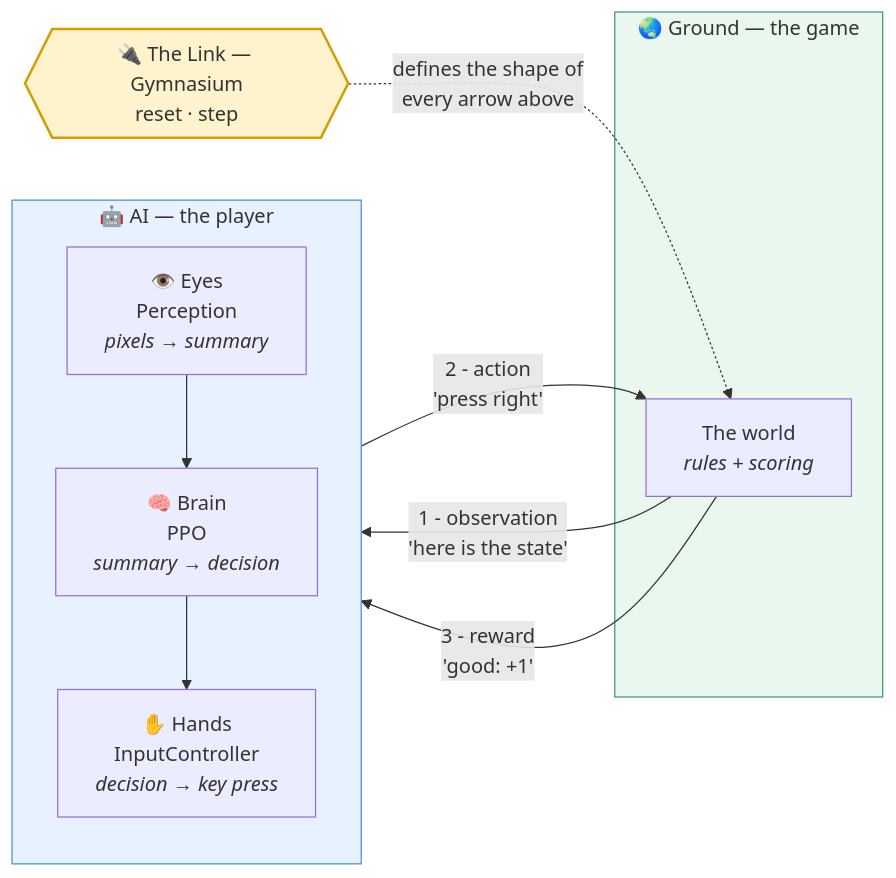
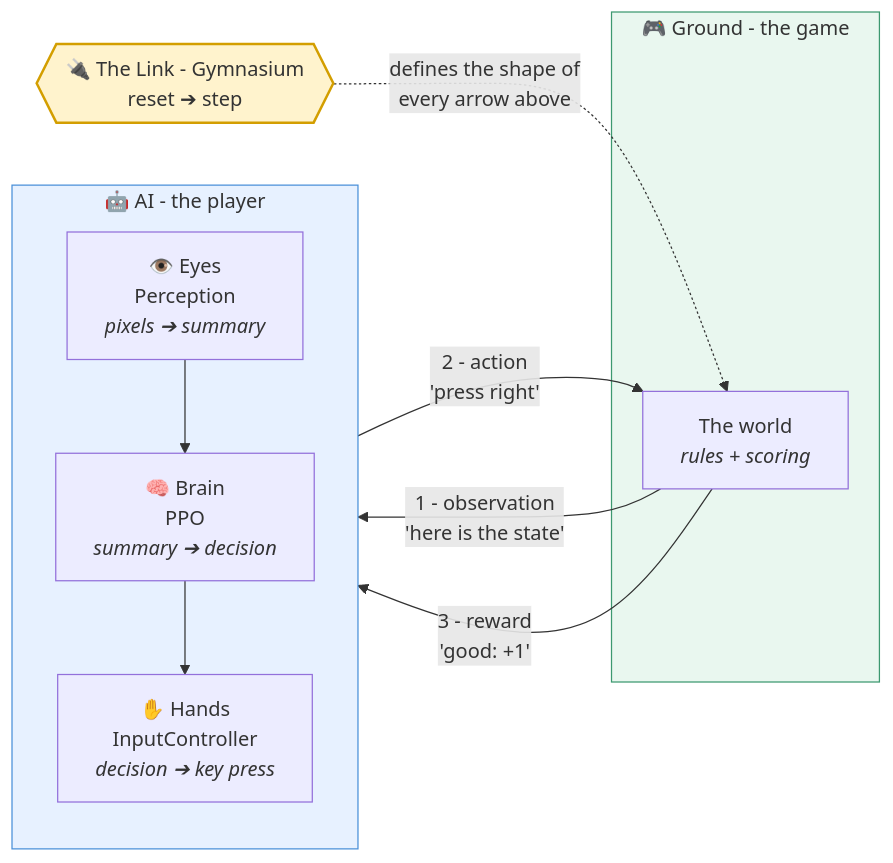
Before and after one commit to Showerss/GameTrainer: the first of 10 diagrams in docs/UML_FULL.md, drawn with Mermaid. The commit also changed other lines of this file and 5 other files, not shown here.

````diff
--- a/docs/UML_FULL.md
+++ b/docs/UML_FULL.md
@@ -31,25 +43,25 @@
 ```mermaid
 flowchart LR
-    subgraph AI["🤖 AI — the player"]
+    subgraph AI["🤖 AI - the player"]
         direction TB
-        EYES["👁️ Eyes<br/>Perception<br/><i>pixels → summary</i>"]
-        BRAIN["🧠 Brain<br/>PPO<br/><i>summary → decision</i>"]
-        HANDS["✋ Hands<br/>InputController<br/><i>decision → key press</i>"]
+        EYES["👁️ Eyes<br/>Perception<br/><i>pixels ➔ summary</i>"]
+        BRAIN["🧠 Brain<br/>PPO<br/><i>summary ➔ decision</i>"]
+        HANDS["✋ Hands<br/>InputController<br/><i>decision ➔ key press</i>"]
         EYES --> BRAIN --> HANDS
     end
 
-    subgraph GROUND["🌏 Ground — the game"]
+    subgraph GROUND["🎮 Ground - the game"]
         GAME["The world<br/><i>rules + scoring</i>"]
     end
 
     GAME -- "1 - observation<br/>'here is the state'" --> EYES
     HANDS -- "2 - action<br/>'press right'" --> GAME
     GAME -- "3 - reward<br/>'good: +1'" --> BRAIN
 
-    LINK{{"🔌 The Link — Gymnasium<br/>reset · step"}}
+    LINK{{"🔌 The Link - Gymnasium<br/>reset ➔ step"}}
     LINK -.->|"defines the shape of<br/>every arrow above"| GAME
 
     style LINK fill:#fff3cd,stroke:#d39e00,stroke-width:2px
     style AI fill:#e7f1ff,stroke:#4a90d9
     style GROUND fill:#e9f7ef,stroke:#3d9970
 ```
````
